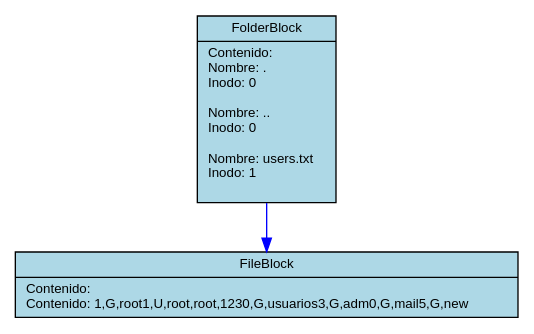
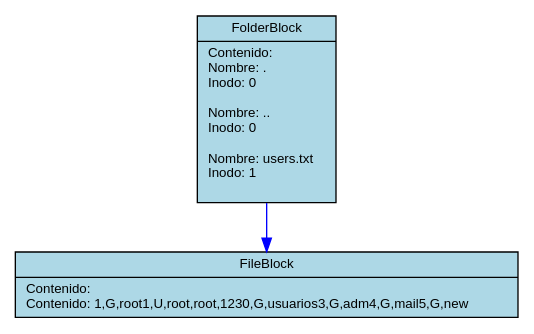
One commit to Josue013/MIA_2S_P1_202202481 changed the diagram in output/reporteBLOCK.dot. Above: the diagram before and after it, drawn with Graphviz. The commit also changed 25 other files, not shown here.

```diff
--- a/output/reporteBLOCK.dot
+++ b/output/reporteBLOCK.dot
@@ -1,13 +1,13 @@
 digraph G {
 	rankdir=TB; // Dibujar el gráfico de arriba hacia abajo
 	node [shape=record, style=filled, fillcolor=lightblue, fontname="Helvetica", fontsize=10]; // Cambiar el estilo del nodo
 	edge [color=blue]; // Cambiar el color de las conexiones
 block0 [label="{FolderBlock|Contenido: \lNombre: .\lInodo: 0\l\lNombre: ..\lInodo: 0\l\lNombre: users.txt\lInodo: 1\l\l}"];
 block1 [label="{FileBlock|Contenido: \lContenido: 1,G,root
 1,U,root,root,123
 0,G,usuarios
 3,G,adm
-0,G,mail
+4,G,mail
 5,G,new\l}"];
 block0 -> block1;
 }
```
